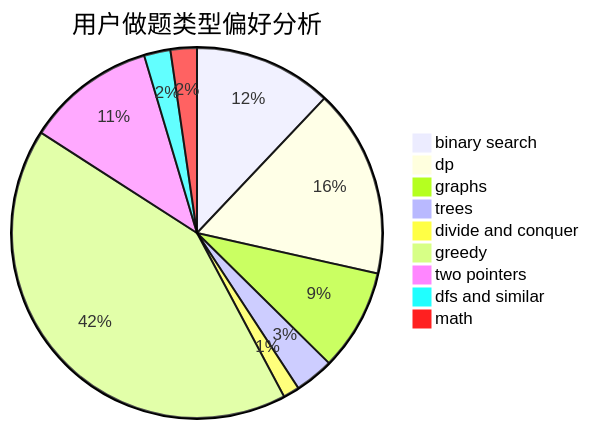
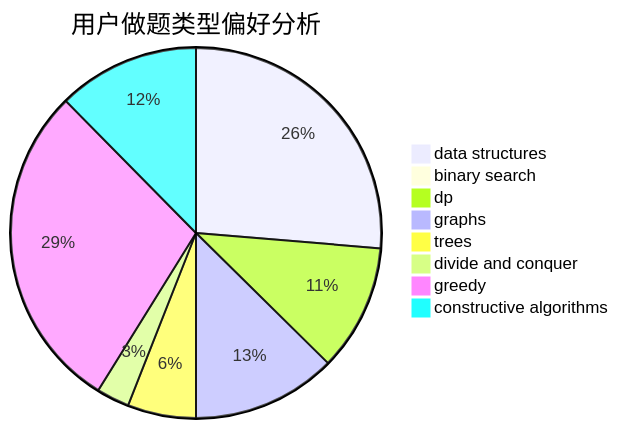
Before and after one commit to sherpahu/cfrs.github.io: the second of 3 diagrams in docs/user/u1475.md, drawn with Mermaid. The commit also changed other lines of this file and 2775 other files, not shown here.

````diff
--- a/docs/user/u1475.md
+++ b/docs/user/u1475.md
@@ -23,12 +23,11 @@
 ```mermaid
 pie title 用户做题类型偏好分析
-    "binary search" :  110
-    "dp" :  150
-    "graphs" :  81
-    "trees" :  31
+    "data structures" :  119
+    "binary search" :  0
+    "dp" :  50
+    "graphs" :  57
+    "trees" :  27
     "divide and conquer" :  13
-    "greedy" :  382
-    "two pointers" :  103
-    "dfs and similar" :  21
-    "math" :  21
+    "greedy" :  130
+    "constructive algorithms" :  56
 ```
````
